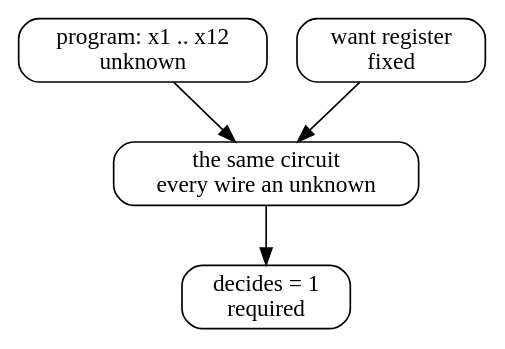
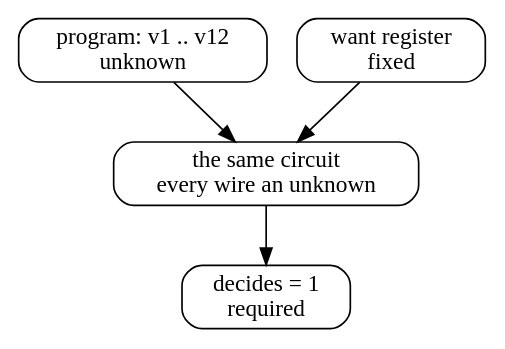
One commit to showell/cook-levin-riff changed the seventh of 8 diagrams in book/book.md. Above: the diagram before and after it, drawn with Graphviz. The commit also changed other lines of this file and 1 other file, not shown here.

````diff
--- a/book/book.md
+++ b/book/book.md
@@ -549,13 +549,13 @@
 ```dot
 digraph {
   rankdir=TB;
   node [shape=box, style=rounded];
-  x [label="program: x1 .. x12\nunknown"];
+  x [label="program: v1 .. v12\nunknown"];
   want [label="want register\nfixed"];
   c [label="the same circuit\nevery wire an unknown"];
   out [label="decides = 1\nrequired"];
   x -> c;
   want -> c;
   c -> out;
 }
 ```
````
